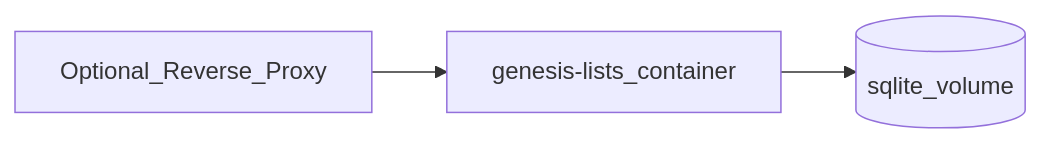
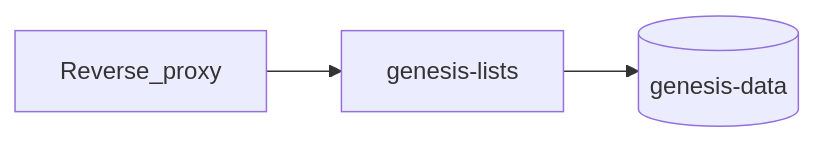
The diagram in docs/06-self-hosting.md (Xeiverse/Genesis-Lists), drawn with Mermaid before and after one commit. The commit also changed other lines of this file and 38 other files, not shown here.

````diff
--- a/docs/06-self-hosting.md
+++ b/docs/06-self-hosting.md
@@ -7,8 +9,8 @@
 ```mermaid
 flowchart LR
-  Proxy[Optional_Reverse_Proxy]
-  App[genesis-lists_container]
-  Vol[(sqlite_volume)]
+  Proxy[Reverse_proxy]
+  App[genesis-lists]
+  Vol[(genesis-data)]
   Proxy --> App
   App --> Vol
 ```
````
